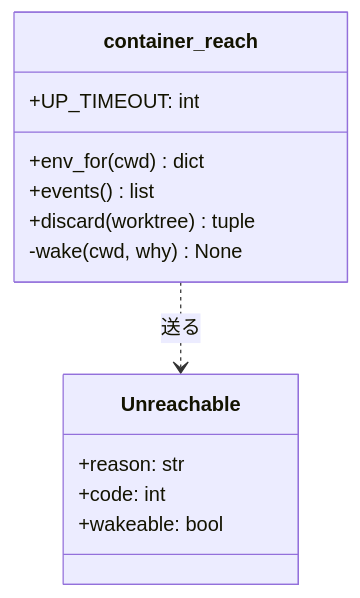
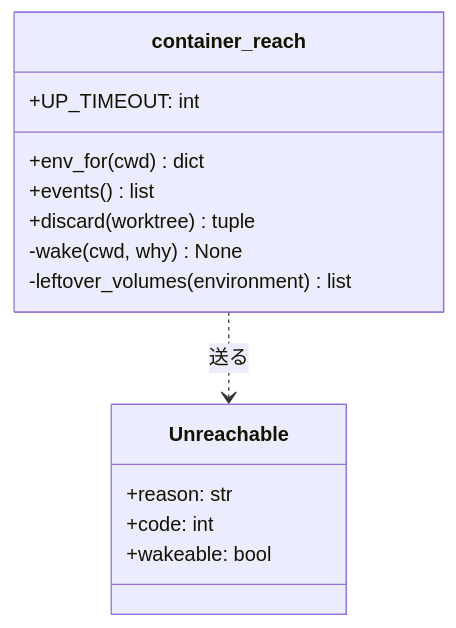
Before and after one commit to devbasex/ai-plugins: the fourth of 6 diagrams in issues/issue-2567-design.md, drawn with Mermaid. The commit also changed other lines of this file, not shown here.

````diff
--- a/issues/issue-2567-design.md
+++ b/issues/issue-2567-design.md
@@ -250,16 +256,17 @@
 ```mermaid
 classDiagram
     class Unreachable {
         +reason: str
         +code: int
         +wakeable: bool
     }
     class container_reach {
         +UP_TIMEOUT: int
         +env_for(cwd) dict
         +events() list
         +discard(worktree) tuple
         -wake(cwd, why) None
+        -leftover_volumes(environment) list
     }
     container_reach ..> Unreachable : 送る
 ```
````
